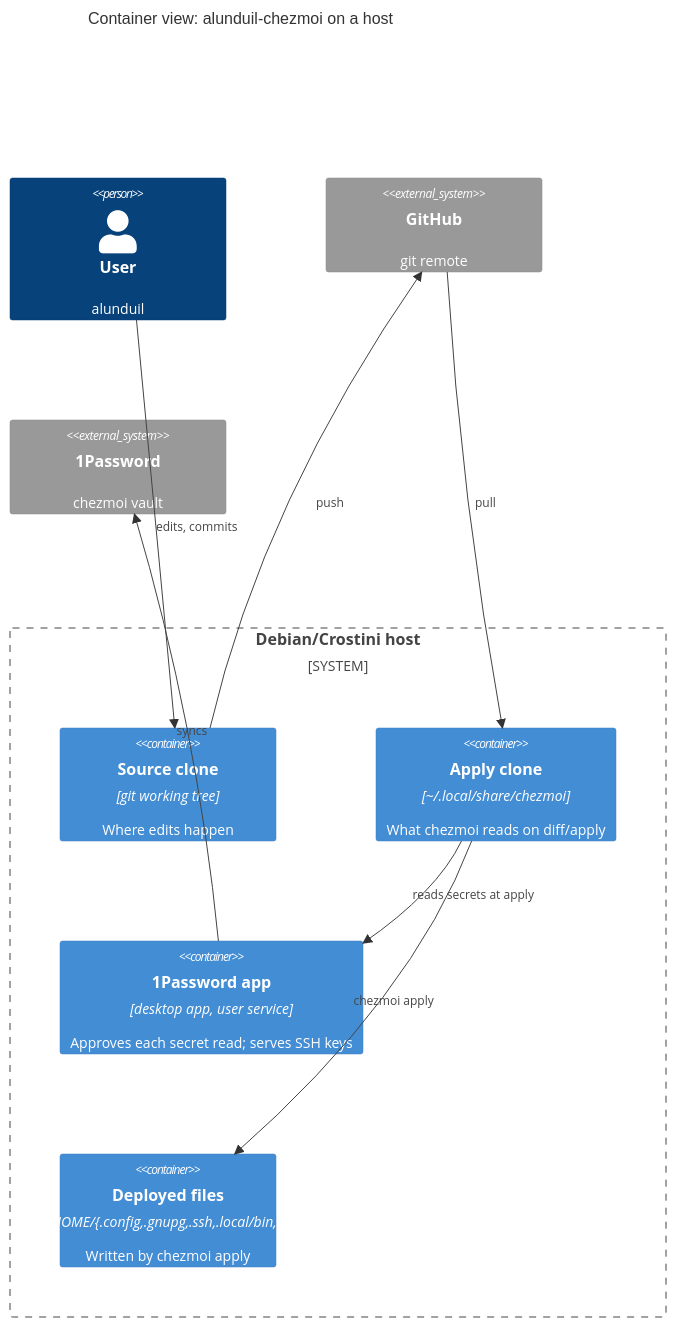
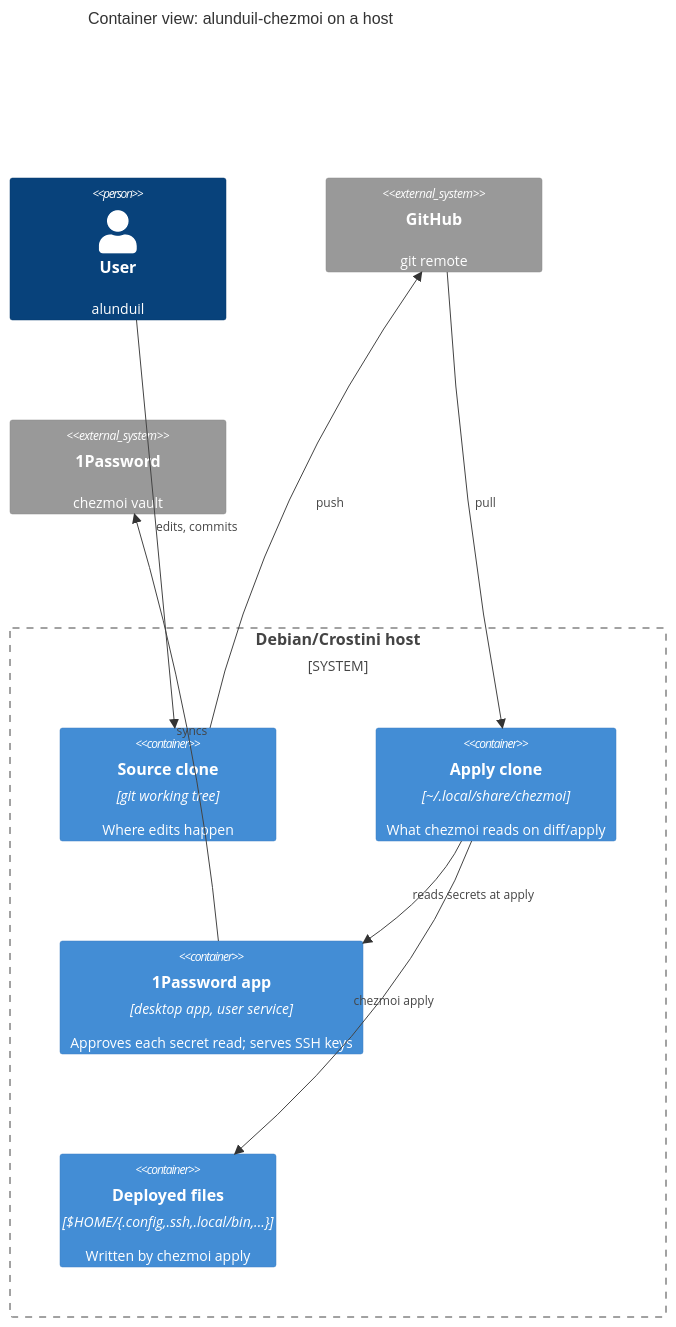
The diagram in docs/explanation/architecture.md (alunduil/alunduil-chezmoi), drawn with Mermaid before and after one commit. The commit also changed other lines of this file and 14 other files, not shown here.

````diff
--- a/docs/explanation/architecture.md
+++ b/docs/explanation/architecture.md
@@ -9,22 +9,22 @@
 ```mermaid
 C4Container
     title Container view: alunduil-chezmoi on a host
 
     Person(user, "User", "alunduil")
     System_Ext(github, "GitHub", "git remote")
     System_Ext(vault, "1Password", "chezmoi vault")
 
     System_Boundary(host, "Debian/Crostini host") {
         Container(source, "Source clone", "git working tree", "Where edits happen")
         Container(apply, "Apply clone", "~/.local/share/chezmoi", "What chezmoi reads on diff/apply")
         Container(app, "1Password app", "desktop app, user service", "Approves each secret read; serves SSH keys")
-        Container(home, "Deployed files", "$HOME/{.config,.gnupg,.ssh,.local/bin,...}", "Written by chezmoi apply")
+        Container(home, "Deployed files", "$HOME/{.config,.ssh,.local/bin,...}", "Written by chezmoi apply")
     }
 
     Rel(user, source, "edits, commits")
     Rel(source, github, "push")
     Rel(github, apply, "pull")
     Rel(apply, home, "chezmoi apply")
     Rel(apply, app, "reads secrets at apply")
     Rel(app, vault, "syncs")
 ```
````
